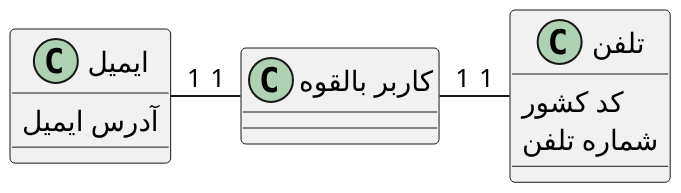
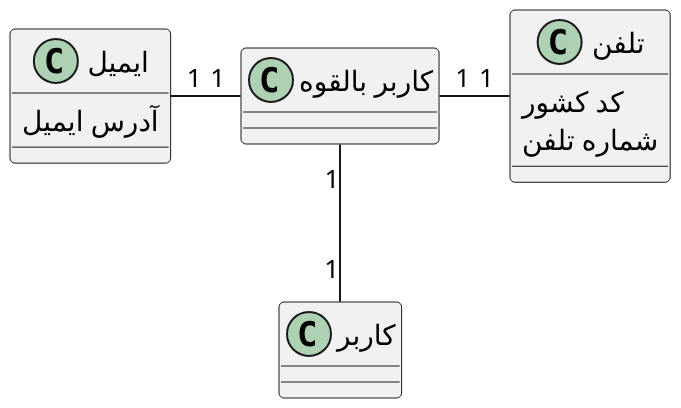
The diagram in Diagrams/Class/Signup.puml (soleyman79/Qasedak), drawn with PlantUML before and after one commit. The commit also changed 15 other files, not shown here.

```diff
--- a/Diagrams/Class/Signup.puml
+++ b/Diagrams/Class/Signup.puml
@@ -1,22 +1,26 @@
 @startuml signup
 
 scale 2
 skinparam DefaultFontName B Nazanin
 
 
 class "کاربر بالقوه" as potential_user {
 }
 
 class "ایمیل" as address {
     آدرس ایمیل
 }
 
 class "تلفن" as phone {
     کد کشور
     شماره تلفن
 }
 
+class "کاربر" as user {
+}
+
 potential_user "1" -left- "1" address
 potential_user "1" -right- "1" phone
+potential_user "1" -down- "1" user
 
 @enduml
```
